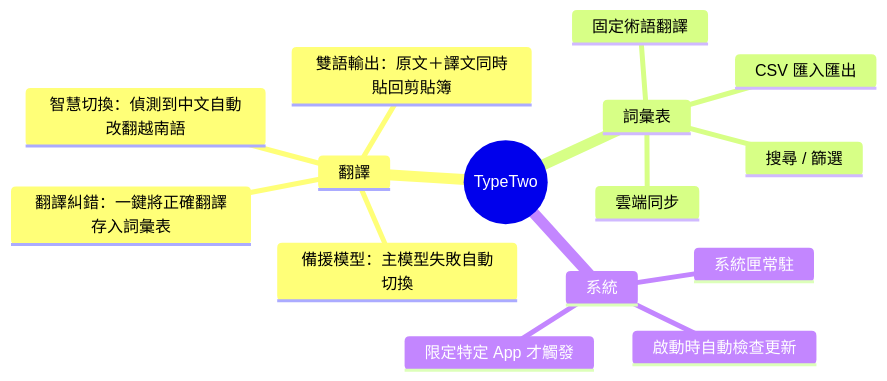
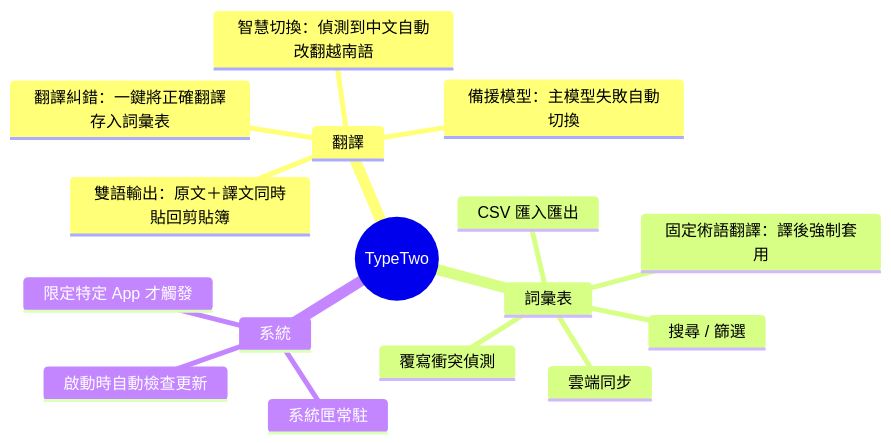
One commit to JaplinChen/TypeTwo changed the third of 4 diagrams in README.md. Above: the diagram before and after it, drawn with Mermaid. The commit also changed 5 other files, not shown here.

````diff
--- a/README.md
+++ b/README.md
@@ -45,18 +45,19 @@
 ```mermaid
 mindmap
   root((TypeTwo))
     翻譯
       雙語輸出：原文＋譯文同時貼回剪貼簿
       智慧切換：偵測到中文自動改翻越南語
       備援模型：主模型失敗自動切換
       翻譯糾錯：一鍵將正確翻譯存入詞彙表
     詞彙表
-      固定術語翻譯
+      固定術語翻譯：譯後強制套用
+      覆寫衝突偵測
       搜尋 / 篩選
       CSV 匯入匯出
       雲端同步
     系統
       系統匣常駐
       啟動時自動檢查更新
       限定特定 App 才觸發
 ```
````
